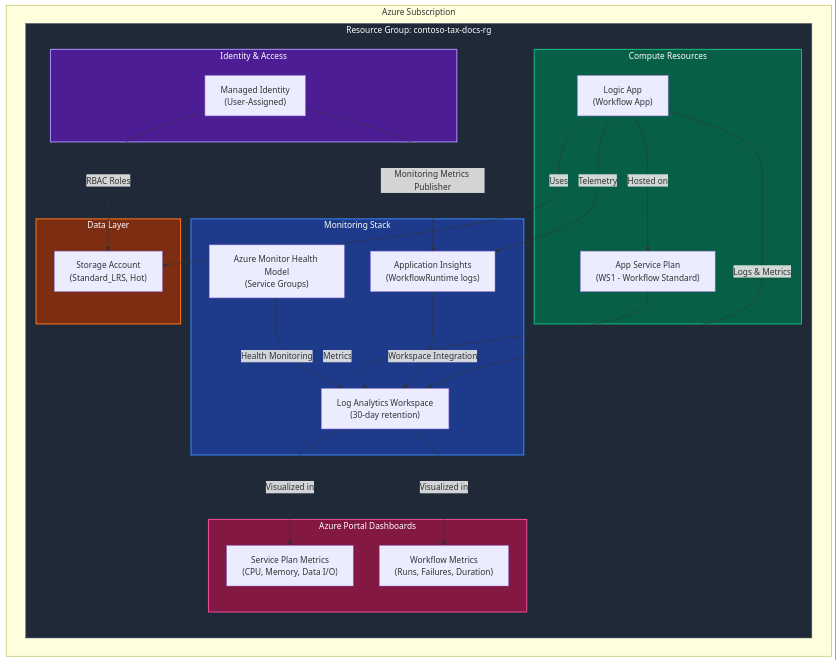
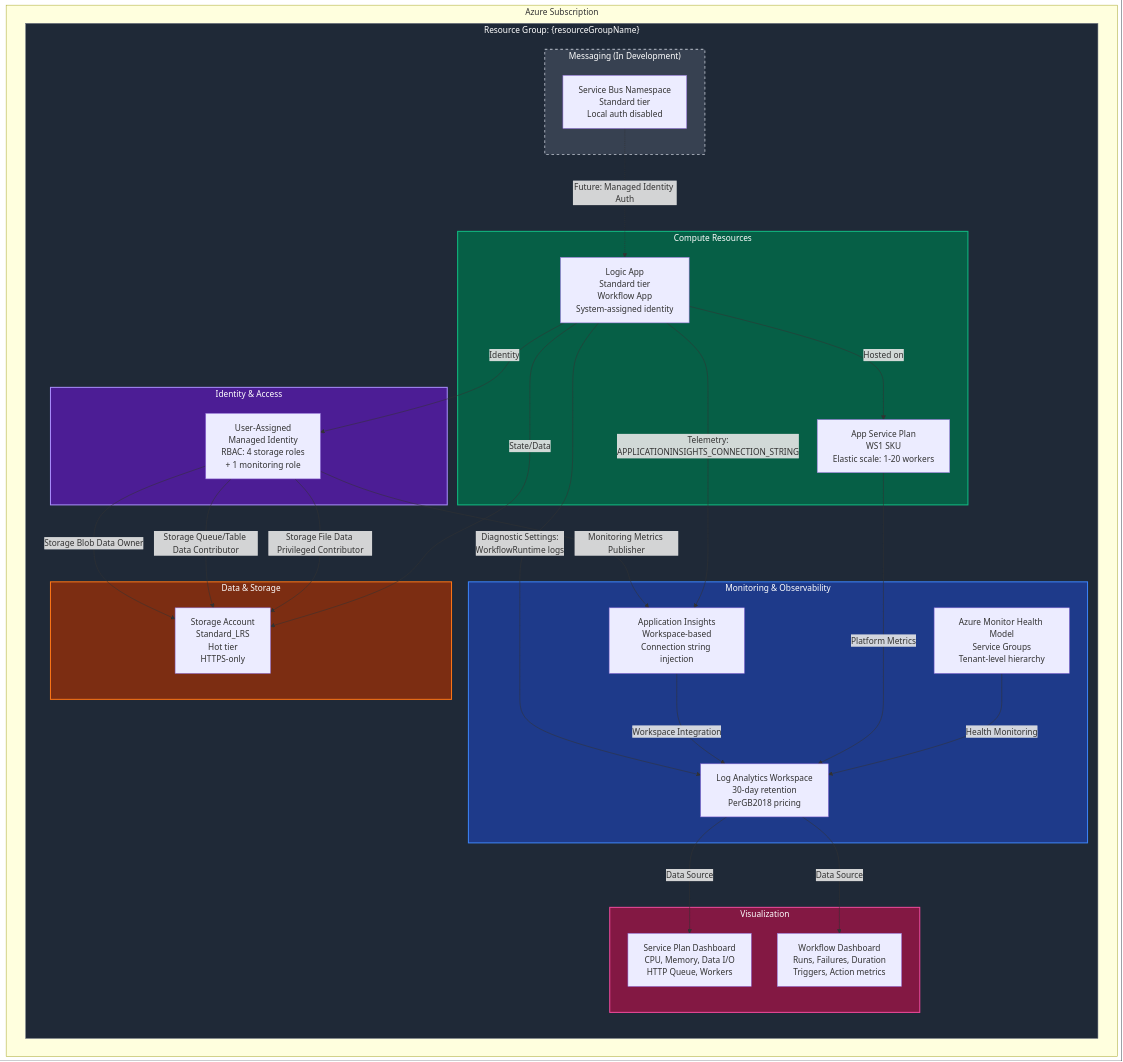
Before and after one commit to Evilazaro/Azure-LogicApps-Monitoring: the first of 2 diagrams in README.md, drawn with Mermaid. The commit also changed other lines of this file, not shown here.

Commit message:
Enhance README.md: Revise project description for clarity, update prerequisites, and improve structure. Add detailed sections on monitoring, security, and infrastructure as code best practices. Update KQL queries for better performance tracking and add links to relevant Azure documentation.

````diff
--- a/README.md
+++ b/README.md
@@ -64,49 +68,62 @@
 ```mermaid
 flowchart TB
     subgraph Subscription["Azure Subscription"]
-        subgraph RG["Resource Group: contoso-tax-docs-rg"]
-            subgraph Monitoring["Monitoring Stack"]
-                LAW["Log Analytics Workspace<br/>(30-day retention)"]
-                AI["Application Insights<br/>(WorkflowRuntime logs)"]
-                HM["Azure Monitor Health Model<br/>(Service Groups)"]
+        subgraph RG["Resource Group: {resourceGroupName}"]
+            subgraph MonitoringStack["Monitoring & Observability"]
+                LAW["Log Analytics Workspace<br/>30-day retention<br/>PerGB2018 pricing"]
+                AI["Application Insights<br/>Workspace-based<br/>Connection string injection"]
+                HM["Azure Monitor Health Model<br/>Service Groups<br/>Tenant-level hierarchy"]
             end
             
-            subgraph Compute["Compute Resources"]
-                ASP["App Service Plan<br/>(WS1 - Workflow Standard)"]
-                LA["Logic App<br/>(Workflow App)"]
+            subgraph ComputeLayer["Compute Resources"]
+                ASP["App Service Plan<br/>WS1 SKU<br/>Elastic scale: 1-20 workers"]
+                LA["Logic App<br/>Standard tier<br/>Workflow App<br/>System-assigned identity"]
             end
             
-            subgraph Storage["Data Layer"]
-                SA["Storage Account<br/>(Standard_LRS, Hot)"]
+            subgraph DataLayer["Data & Storage"]
+                SA["Storage Account<br/>Standard_LRS<br/>Hot tier<br/>HTTPS-only"]
             end
             
-            subgraph Identity["Identity & Access"]
-                MI["Managed Identity<br/>(User-Assigned)"]
+            subgraph IdentityLayer["Identity & Access"]
+                UMI["User-Assigned<br/>Managed Identity<br/>RBAC: 4 storage roles<br/>+ 1 monitoring role"]
             end
             
-            subgraph Dashboards["Azure Portal Dashboards"]
-                DASH_ASP["Service Plan Metrics<br/>(CPU, Memory, Data I/O)"]
-                DASH_WF["Workflow Metrics<br/>(Runs, Failures, Duration)"]
+            subgraph DashboardLayer["Visualization"]
+                DASH1["Service Plan Dashboard<br/>CPU, Memory, Data I/O<br/>HTTP Queue, Workers"]
+                DASH2["Workflow Dashboard<br/>Runs, Failures, Duration<br/>Triggers, Action metrics"]
+            end
+            
+            subgraph MessagingLayer["Messaging (In Development)"]
+                SB["Service Bus Namespace<br/>Standard tier<br/>Local auth disabled"]
             end
         end
     end
     
-    MI -->|RBAC Roles| SA
-    MI -->|Monitoring Metrics Publisher| AI
+    UMI -->|Storage Blob Data Owner| SA
+    UMI -->|Storage Queue/Table Data Contributor| SA
+    UMI -->|Storage File Data Privileged Contributor| SA
+    UMI -->|Monitoring Metrics Publisher| AI
+    
     LA -->|Hosted on| ASP
-    LA -->|Uses| SA
-    LA -->|Logs & Metrics| LAW
-    LA -->|Telemetry| AI
+    LA -->|Identity| UMI
+    LA -->|State/Data| SA
+    LA -->|Diagnostic Settings:<br/>WorkflowRuntime logs| LAW
+    LA -->|Telemetry:<br/>APPLICATIONINSIGHTS_CONNECTION_STRING| AI
+    
     AI -->|Workspace Integration| LAW
-    ASP -->|Metrics| LAW
-    LAW -->|Visualized in| DASH_ASP
-    LAW -->|Visualized in| DASH_WF
+    ASP -->|Platform Metrics| LAW
     HM -->|Health Monitoring| LAW
     
-    style Monitoring fill:#1E3A8A,stroke:#3B82F6,stroke-width:2px,color:#FFFFFF
-    style Compute fill:#065F46,stroke:#10B981,stroke-width:2px,color:#FFFFFF
-    style Storage fill:#7C2D12,stroke:#F97316,stroke-width:2px,color:#FFFFFF
-    style Identity fill:#4C1D95,stroke:#A78BFA,stroke-width:2px,color:#FFFFFF
-    style Dashboards fill:#831843,stroke:#EC4899,stroke-width:2px,color:#FFFFFF
+    LAW -->|Data Source| DASH1
+    LAW -->|Data Source| DASH2
+    
+    SB -.->|Future: Managed Identity Auth| LA
+    
+    style MonitoringStack fill:#1E3A8A,stroke:#3B82F6,stroke-width:2px,color:#FFFFFF
+    style ComputeLayer fill:#065F46,stroke:#10B981,stroke-width:2px,color:#FFFFFF
+    style DataLayer fill:#7C2D12,stroke:#F97316,stroke-width:2px,color:#FFFFFF
+    style IdentityLayer fill:#4C1D95,stroke:#A78BFA,stroke-width:2px,color:#FFFFFF
+    style DashboardLayer fill:#831843,stroke:#EC4899,stroke-width:2px,color:#FFFFFF
+    style MessagingLayer fill:#374151,stroke:#9CA3AF,stroke-width:2px,stroke-dasharray: 5 5,color:#FFFFFF
     style RG fill:#1F2937,stroke:#6B7280,stroke-width:1px,color:#FFFFFF
 ```
````
